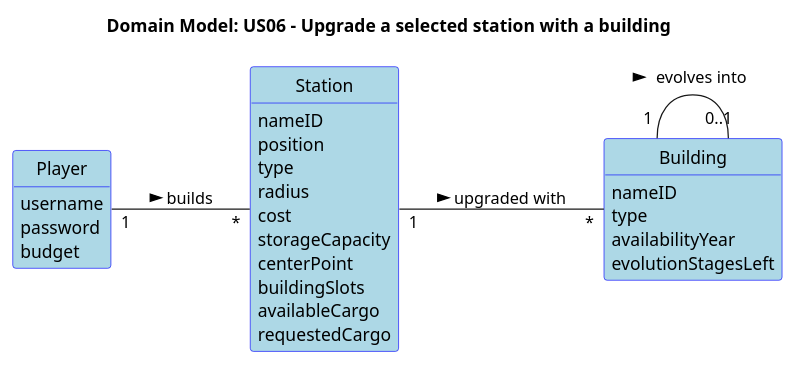
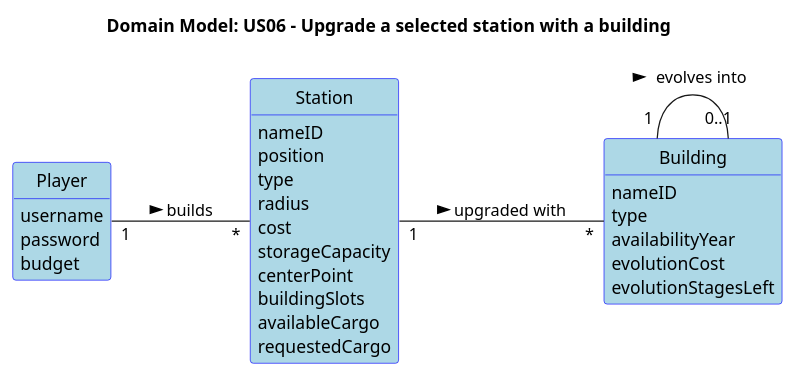
Before and after one commit to HenriqueSilva18/Railway-Network-Simulator: the diagram in docs/system-documentation/Sprint 1/US06/02.analysis/puml/US006-DM.puml, drawn with PlantUML. The commit also changed 1 other file, not shown here.

```diff
--- a/docs/system-documentation/Sprint 1/US06/02.analysis/puml/US006-DM.puml
+++ b/docs/system-documentation/Sprint 1/US06/02.analysis/puml/US006-DM.puml
@@ -1,49 +1,50 @@
 @startuml
 skinparam packageStyle rectangle
 skinparam shadowing false
 skinparam classAttributeIconSize 0
 skinparam class {
   BackgroundColor LightBlue
   BorderColor Blue
 }
 
 left to right direction
 
 skinparam classAttributeIconSize 0
 
 hide circle
 hide methods
 
 title Domain Model: US06 - Upgrade a selected station with a building
 
 class Player {
   username
   password
   budget
 }
 
 class Station {
   nameID
   position
   type
   radius
   cost
   storageCapacity
   centerPoint
   buildingSlots
   availableCargo
   requestedCargo
 }
 
 class Building {
   nameID
   type
   availabilityYear
+  evolutionCost
   evolutionStagesLeft
 }
 
 Player "1" -- "*" Station : builds >
 Station "1" -- "*" Building : upgraded with >
 Building "1" -- "0..1" Building : evolves into <
 
 @enduml
```
